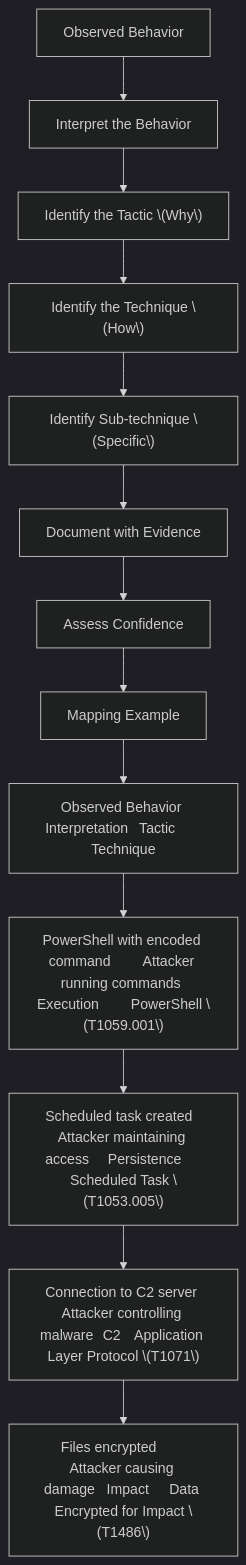
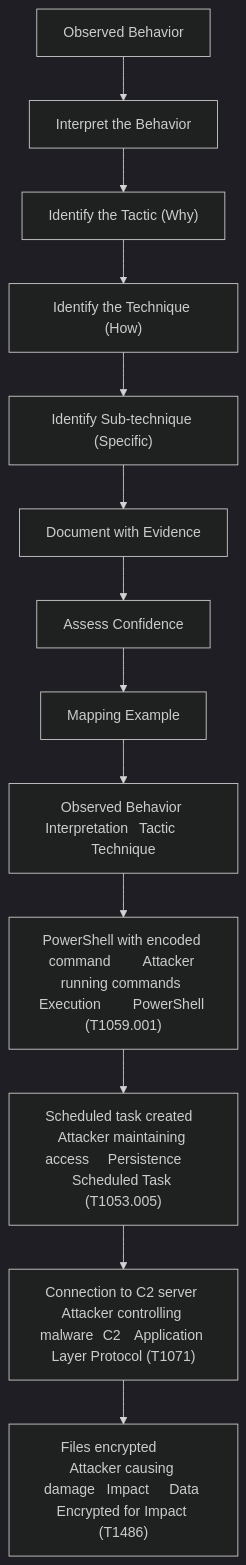
Before and after one commit to vishalkumar28/SOC-Training: the diagram in src/data/content/day2/mitre-attck-mapping.md, drawn with Mermaid (dark theme). The commit also changed other lines of this file and 4 other files, not shown here.

Commit message:
feat: add Day 2 curriculum content including MITRE ATT&CK mapping, threat actor profiling, and Mermaid diagram component

````diff
--- a/src/data/content/day2/mitre-attck-mapping.md
+++ b/src/data/content/day2/mitre-attck-mapping.md
@@ -50,16 +50,16 @@
 ```mermaid
 graph TD
     A["Observed Behavior"]
     A --> B["Interpret the Behavior"]
-    B --> C["Identify the Tactic \(Why\)"]
-    C --> D["Identify the Technique \(How\)"]
-    D --> E["Identify Sub-technique \(Specific\)"]
+    B --> C["Identify the Tactic (Why)"]
+    C --> D["Identify the Technique (How)"]
+    D --> E["Identify Sub-technique (Specific)"]
     E --> F["Document with Evidence"]
     F --> G["Assess Confidence"]
     G --> H["Mapping Example"]
     H --> I["Observed Behavior	Interpretation	Tactic	Technique"]
-    I --> J["PowerShell with encoded command	Attacker running commands	Execution	PowerShell \(T1059.001\)"]
-    J --> K["Scheduled task created	Attacker maintaining access	Persistence	Scheduled Task \(T1053.005\)"]
-    K --> L["Connection to C2 server	Attacker controlling malware	C2	Application Layer Protocol \(T1071\)"]
-    L --> M["Files encrypted	Attacker causing damage	Impact	Data Encrypted for Impact \(T1486\)"]
+    I --> J["PowerShell with encoded command	Attacker running commands	Execution	PowerShell (T1059.001)"]
+    J --> K["Scheduled task created	Attacker maintaining access	Persistence	Scheduled Task (T1053.005)"]
+    K --> L["Connection to C2 server	Attacker controlling malware	C2	Application Layer Protocol (T1071)"]
+    L --> M["Files encrypted	Attacker causing damage	Impact	Data Encrypted for Impact (T1486)"]
 ```
````
